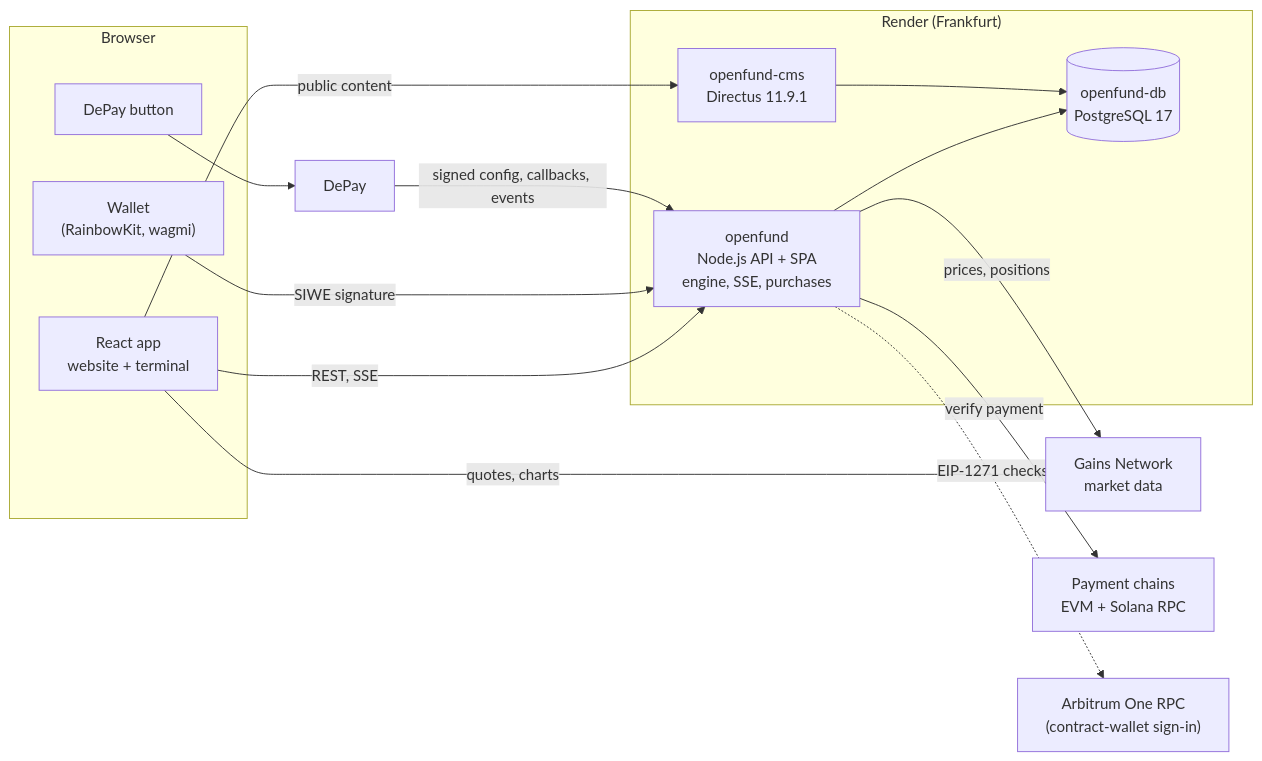
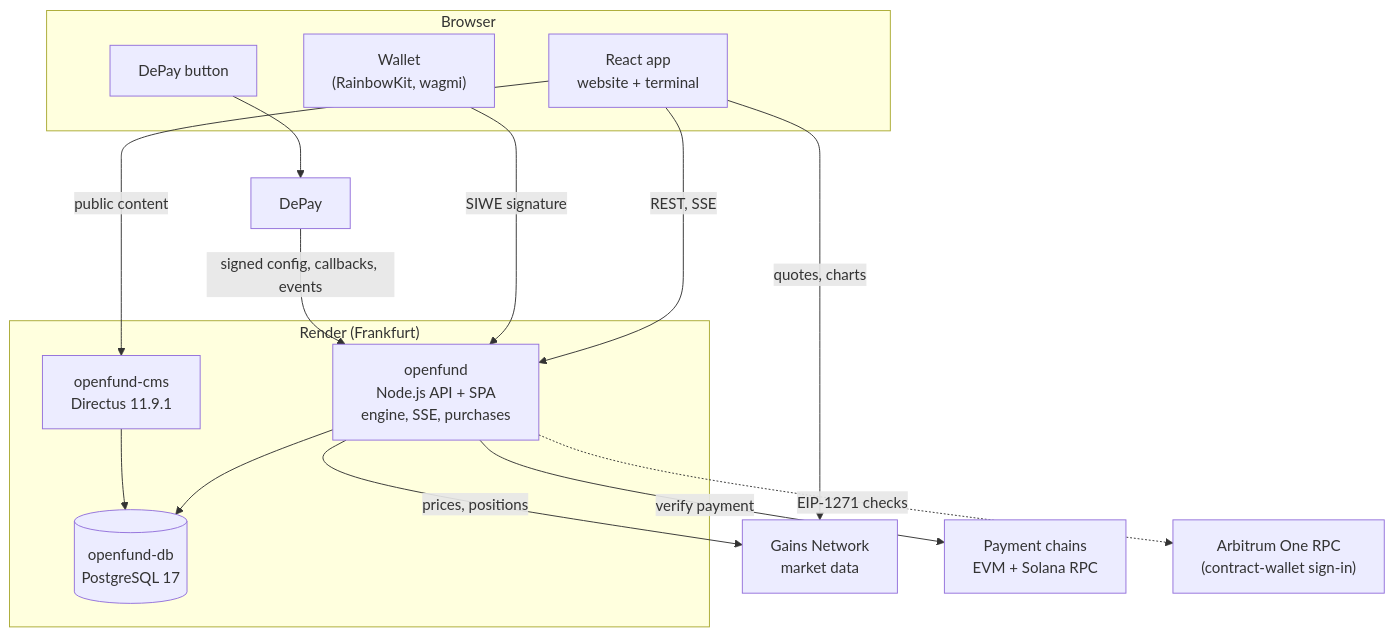
Before and after one commit to algomanlife/openfund: the diagram in README.md, drawn with Mermaid.

Commit message:
docs(readme): lay out the architecture diagram top to bottom for GitHub's viewer

````diff
--- a/README.md
+++ b/README.md
@@ -175,29 +175,29 @@
 ```mermaid
-flowchart LR
+flowchart TB
   subgraph Browser
     SPA["React app<br/>website + terminal"]
     Wallet["Wallet<br/>(RainbowKit, wagmi)"]
     DePayBtn["DePay button"]
   end
   subgraph Render["Render (Frankfurt)"]
     API["openfund<br/>Node.js API + SPA<br/>engine, SSE, purchases"]
     CMS["openfund-cms<br/>Directus 11.9.1"]
     DB[("openfund-db<br/>PostgreSQL 17")]
   end
   Gains["Gains Network<br/>market data"]
   DePay["DePay"]
   Chains["Payment chains<br/>EVM + Solana RPC"]
   Arb["Arbitrum One RPC<br/>(contract-wallet sign-in)"]
 
   SPA -->|"REST, SSE"| API
   SPA -->|"public content"| CMS
   SPA -->|"quotes, charts"| Gains
   Wallet -->|"SIWE signature"| API
   API --> DB
   CMS --> DB
   API -->|"prices, positions"| Gains
   API -.->|"EIP-1271 checks"| Arb
   DePayBtn --> DePay
   DePay -->|"signed config, callbacks, events"| API
   API -->|"verify payment"| Chains
 ```
````
